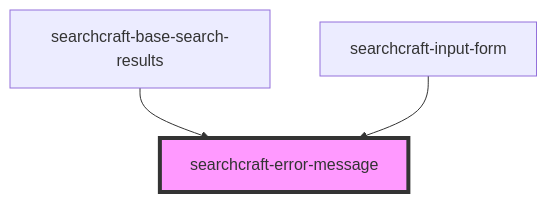
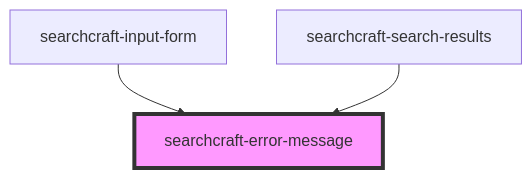
Before and after one commit to searchcraft-inc/searchcraft-javascript-sdks: the diagram in packages/javascript-sdk/src/components/searchcraft-error-message/readme.md, drawn with Mermaid. The commit also changed other lines of this file and 174 other files, not shown here.

Commit message:
re SC-1037 SC-1106 SC-1109- Template strategy for base search result, rename serchcraft-base-search-result(s) to searchcraft-search-result(s), and storybook clean up

````diff
--- a/packages/javascript-sdk/src/components/searchcraft-error-message/readme.md
+++ b/packages/javascript-sdk/src/components/searchcraft-error-message/readme.md
@@ -33,6 +28,6 @@
 ```mermaid
 graph TD;
-  searchcraft-base-search-results --> searchcraft-error-message
   searchcraft-input-form --> searchcraft-error-message
+  searchcraft-search-results --> searchcraft-error-message
   style searchcraft-error-message fill:#f9f,stroke:#333,stroke-width:4px
 ```
````
